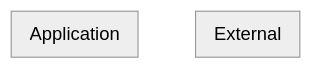
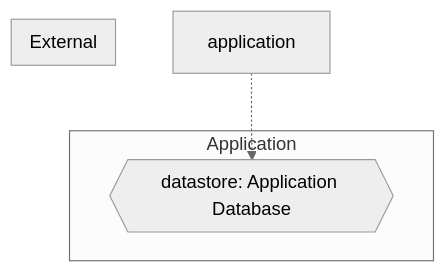
The diagram in .github/.agentic-security/threat-model.md (bhthoughts/bhtdb-ai-reports), drawn with Mermaid (neutral theme) before and after one commit. The commit also changed other lines of this file and 9 other files, not shown here.

````diff
--- a/.github/.agentic-security/threat-model.md
+++ b/.github/.agentic-security/threat-model.md
@@ -9,7 +9,9 @@
 ```mermaid
 flowchart TB
   subgraph External
   end
   subgraph Application
+    datastore_default{{"datastore: Application Database"}}
   end
+  application -.-> datastore_default
 ```
````
